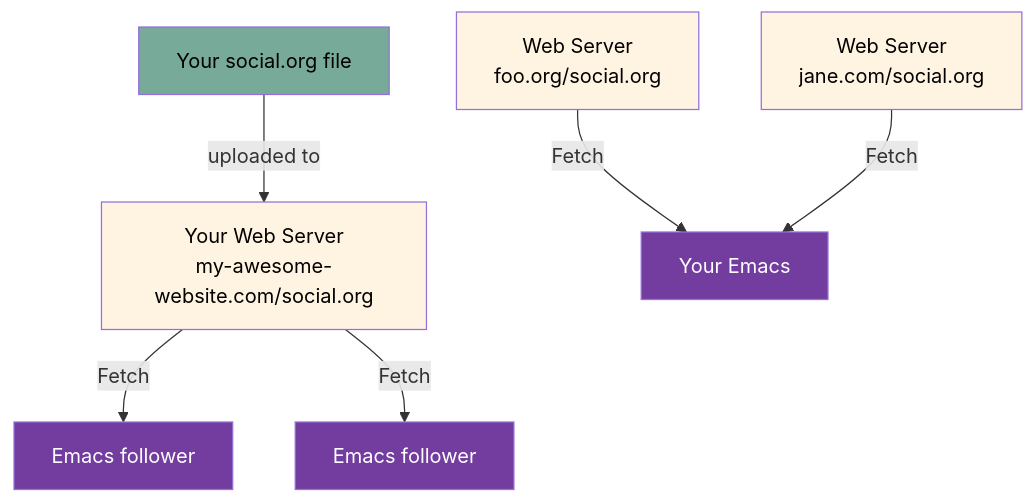
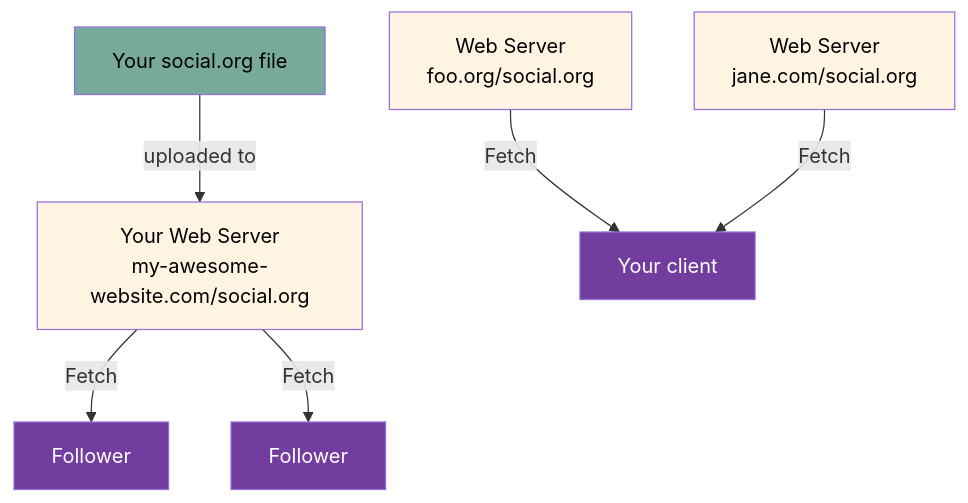
The third of 5 diagrams in README.md (tanrax/org-social), drawn with Mermaid before and after one commit. The commit also changed other lines of this file and 1 other file, not shown here.

First line of the commit message:
Add iOS as official client alongside org-social.el

````diff
--- a/README.md
+++ b/README.md
@@ -133,14 +133,14 @@
 ```mermaid
 flowchart TB
     A["Your social.org file"] -- uploaded to --> B["Your Web Server<br/>my-awesome-website.com/social.org"]
-    B -- Fetch --> C["Emacs follower"] & D["Emacs follower"]
-    E["Web Server<br/>foo.org/social.org"] & F["Web Server<br/>jane.com/social.org"] -- Fetch --> G["Your Emacs"]
+    B -- Fetch --> C["Follower"] & D["Follower"]
+    E["Web Server<br/>foo.org/social.org"] & F["Web Server<br/>jane.com/social.org"] -- Fetch --> G["Your client"]
 
     style A fill:#77aa99,color:black
     style B fill:#fff4e1,color:black
     style C fill:#733c9f,color:white
     style D fill:#733c9f,color:white
     style E fill:#fff4e1,color:black
     style F fill:#fff4e1,color:black
     style G fill:#733c9f,color:white
 ```
````
